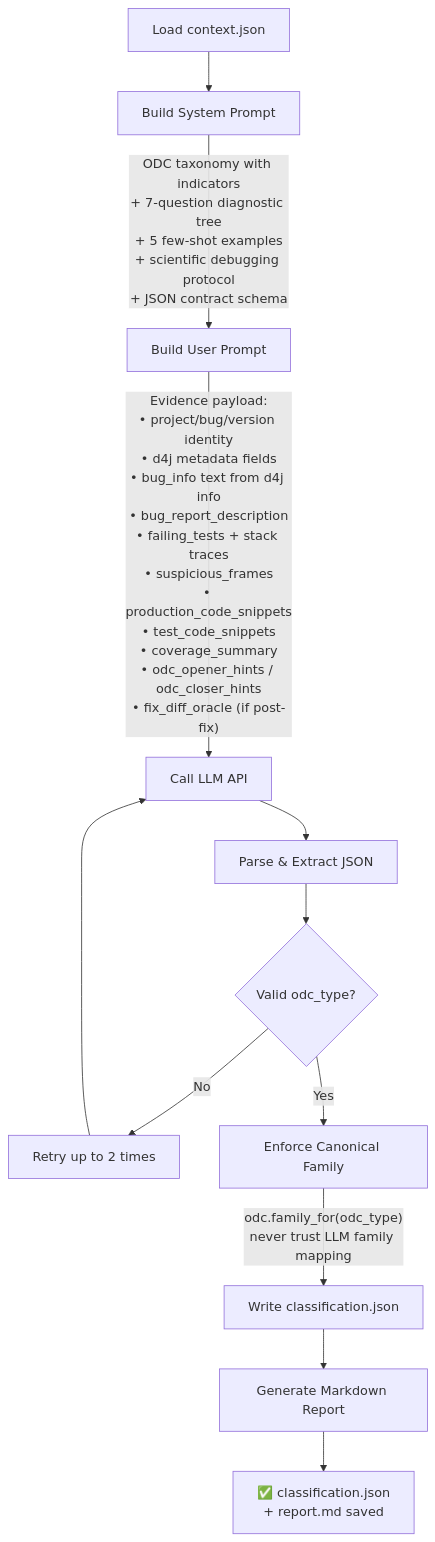
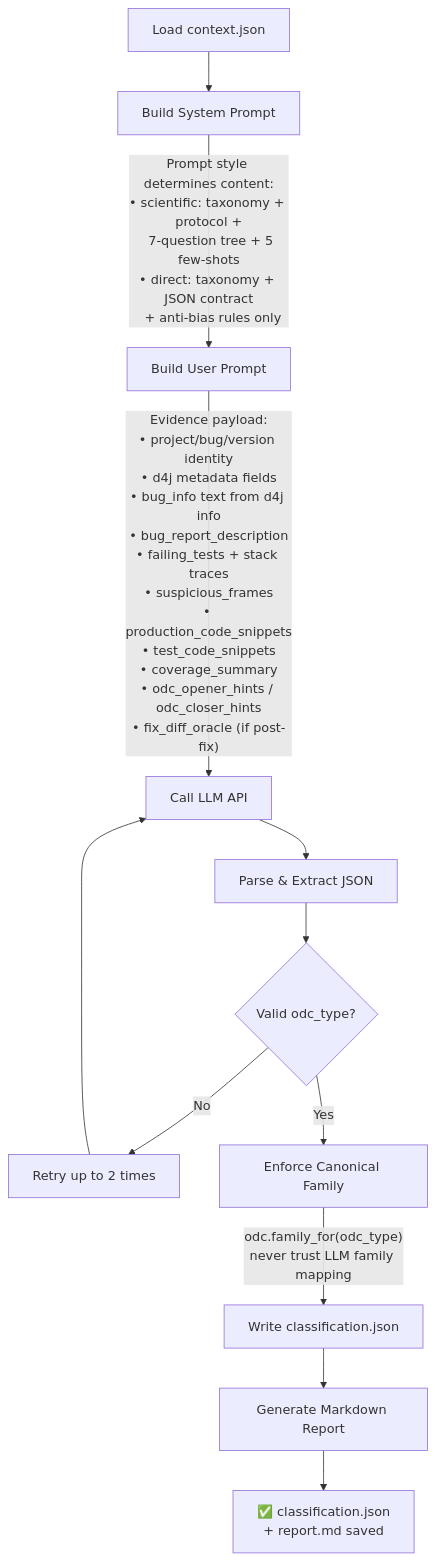
Before and after one commit to hasin023/d4j_odc_implementation: the second of 3 diagrams in docs/ARCHITECTURE.md, drawn with Mermaid. The commit also changed other lines of this file and 16 other files, not shown here.

````diff
--- a/docs/ARCHITECTURE.md
+++ b/docs/ARCHITECTURE.md
@@ -41,14 +41,14 @@
 ```mermaid
 flowchart TD
     A[Load context.json] --> B[Build System Prompt]
-    B --> |"ODC taxonomy with indicators\n+ 7-question diagnostic tree\n+ 5 few-shot examples\n+ scientific debugging protocol\n+ JSON contract schema"| C[Build User Prompt]
+    B --> |"Prompt style determines content:\n• scientific: taxonomy + protocol +\n  7-question tree + 5 few-shots\n• direct: taxonomy + JSON contract\n  + anti-bias rules only"| C[Build User Prompt]
     C --> |"Evidence payload:\n• project/bug/version identity\n• d4j metadata fields\n• bug_info text from d4j info\n• bug_report_description\n• failing_tests + stack traces\n• suspicious_frames\n• production_code_snippets\n• test_code_snippets\n• coverage_summary\n• odc_opener_hints / odc_closer_hints\n• fix_diff_oracle (if post-fix)"| D[Call LLM API]
     D --> E[Parse & Extract JSON]
     E --> F{Valid odc_type?}
     F -->|No| G[Retry up to 2 times]
     G --> D
     F -->|Yes| H[Enforce Canonical Family]
     H --> |"odc.family_for(odc_type)\nnever trust LLM family mapping"| I[Write classification.json]
     I --> J[Generate Markdown Report]
     J --> K["✅ classification.json\n+ report.md saved"]
 ```
````
